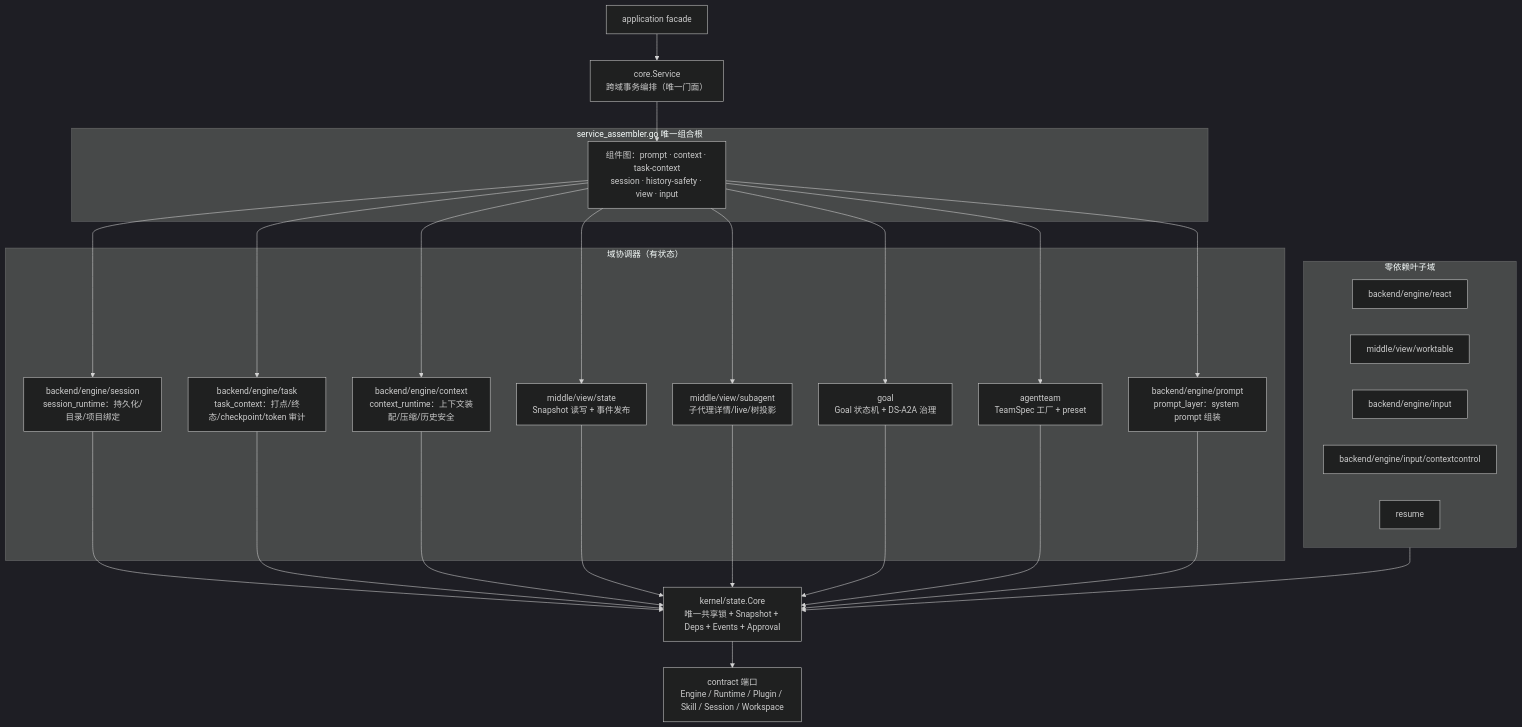
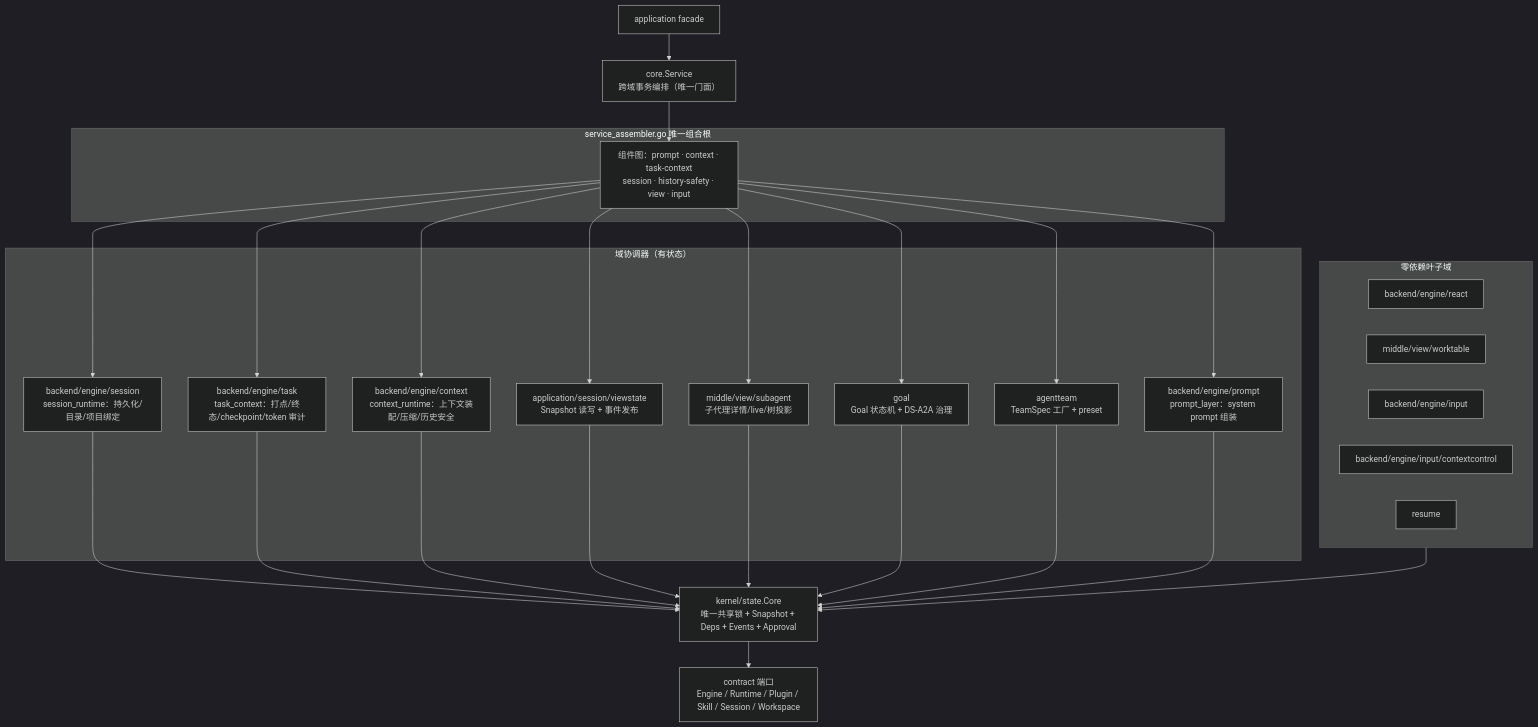
Before and after one commit to RedHuang-0622/seelex: the first of 4 diagrams in application/core/README.md, drawn with Mermaid (dark theme). The commit also changed other lines of this file and 100 other files, not shown here.

Commit message:
refactor(session): move session state into application

````diff
--- a/application/core/README.md
+++ b/application/core/README.md
@@ -49,51 +49,51 @@
 ```mermaid
 flowchart TB
     FACADE["application facade"] --> SVC["core.Service<br/>跨域事务编排（唯一门面）"]
 
     subgraph ASSEMBLER["service_assembler.go 唯一组合根"]
         COMP["组件图：prompt · context · task-context<br/>session · history-safety · view · input"]
     end
 
     SVC --> COMP
 
     subgraph DOMAIN["域协调器（有状态）"]
         SR["backend/engine/session<br/>session_runtime：持久化/目录/项目绑定"]
         TC["backend/engine/task<br/>task_context：打点/终态/checkpoint/token 审计"]
         CR["backend/engine/context<br/>context_runtime：上下文装配/压缩/历史安全"]
-        VS["middle/view/state<br/>Snapshot 读写 + 事件发布"]
+        VS["application/session/viewstate<br/>Snapshot 读写 + 事件发布"]
         SV["middle/view/subagent<br/>子代理详情/live/树投影"]
         GOAL["goal<br/>Goal 状态机 + DS-A2A 治理"]
         TEAM["agentteam<br/>TeamSpec 工厂 + preset"]
         PL["backend/engine/prompt<br/>prompt_layer：system prompt 组装"]
     end
 
     subgraph LEAF["零依赖叶子域"]
         CHAT["backend/engine/react"]
         WT["middle/view/worktable"]
         IR["backend/engine/input"]
         CC["backend/engine/input/contextcontrol"]
         RES["resume"]
     end
 
     ST["kernel/state.Core<br/>唯一共享锁 + Snapshot + Deps + Events + Approval"]
     PORTS["contract 端口<br/>Engine / Runtime / Plugin / Skill / Session / Workspace"]
 
     COMP --> SR
     COMP --> TC
     COMP --> CR
     COMP --> VS
     COMP --> SV
     COMP --> GOAL
     COMP --> TEAM
     COMP --> PL
     SR --> ST
     TC --> ST
     CR --> ST
     VS --> ST
     SV --> ST
     GOAL --> ST
     TEAM --> ST
     PL --> ST
     LEAF --> ST
     ST --> PORTS
 ```
````
